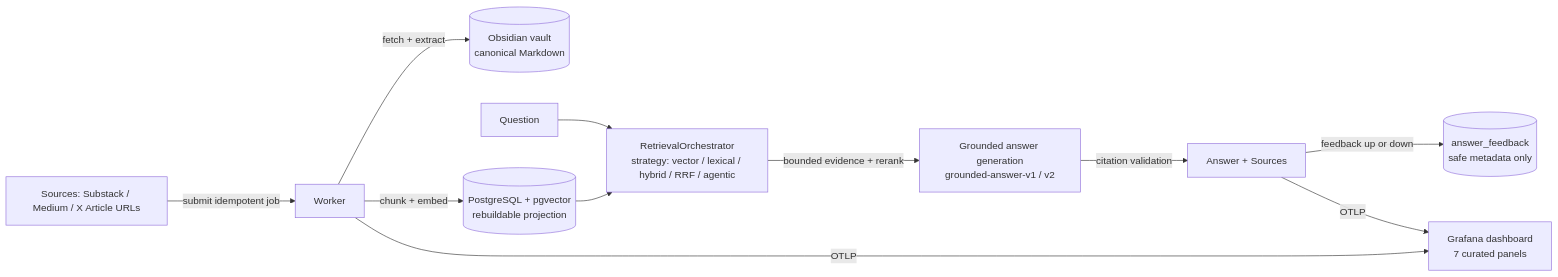
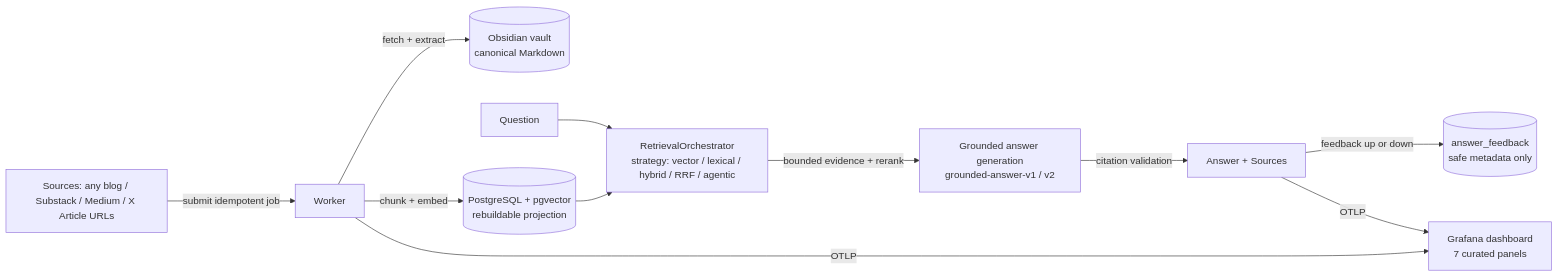
The diagram in README.md (Xue-Zhiming-Bruce/knowledge-base-assistant-bot), drawn with Mermaid before and after one commit. The commit also changed other lines of this file, not shown here.

Commit message:
Document generic blog (web) source support in README

````diff
--- a/README.md
+++ b/README.md
@@ -62,13 +64,13 @@
 ```mermaid
 flowchart LR
-    S["Sources: Substack / Medium / X Article URLs"] -->|submit idempotent job| W[Worker]
+    S["Sources: any blog / Substack / Medium / X Article URLs"] -->|submit idempotent job| W[Worker]
     W -->|fetch + extract| V[(Obsidian vault<br/>canonical Markdown)]
     W -->|chunk + embed| P[(PostgreSQL + pgvector<br/>rebuildable projection)]
     Q[Question] --> R[RetrievalOrchestrator<br/>strategy: vector / lexical / hybrid / RRF / agentic]
     P --> R
     R -->|bounded evidence + rerank| A[Grounded answer generation<br/>grounded-answer-v1 / v2]
     A -->|citation validation| Out[Answer + Sources]
     Out -->|feedback up or down| FB[(answer_feedback<br/>safe metadata only)]
     Out -->|OTLP| G[Grafana dashboard<br/>7 curated panels]
     W -->|OTLP| G
 ```
````
